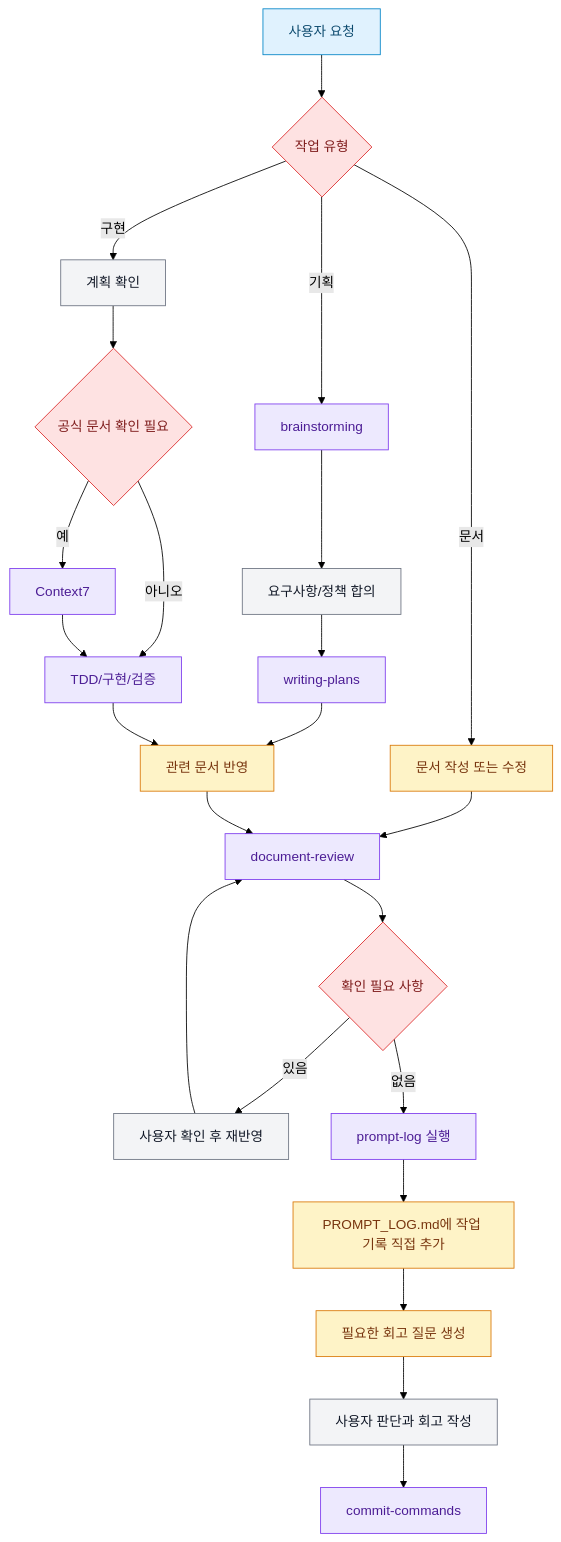
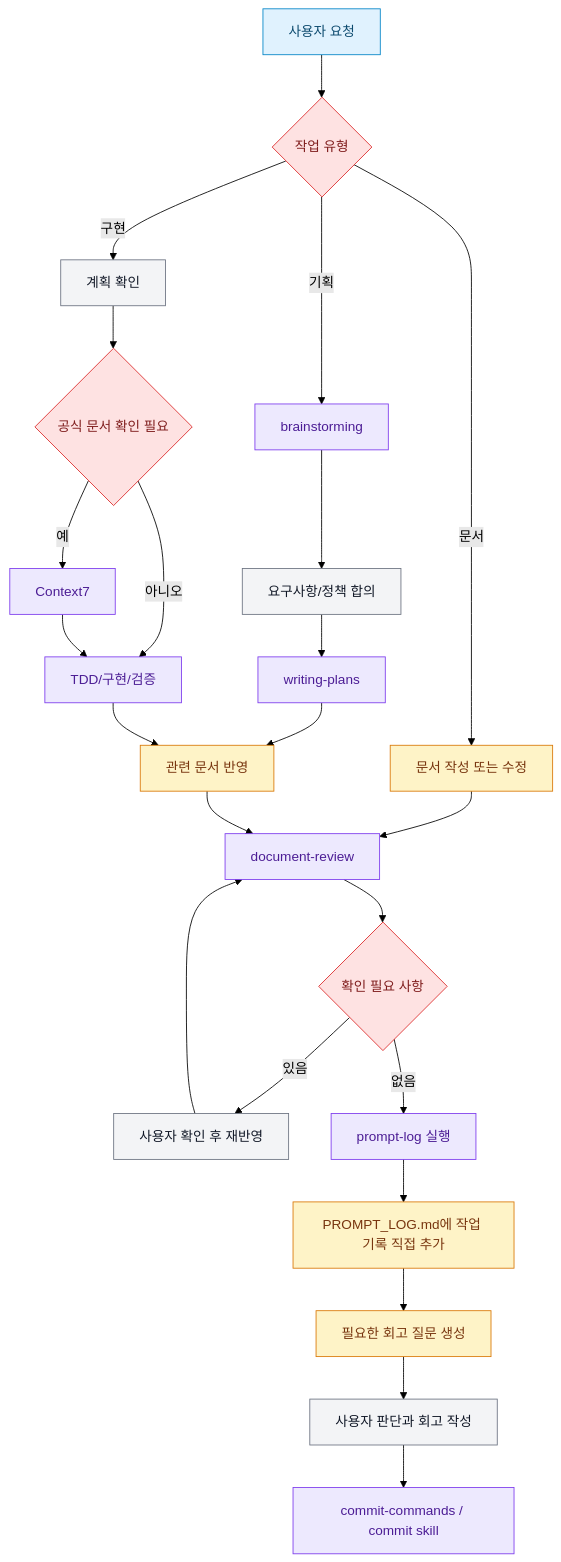
Before and after one commit to seungjoonH/extension-blocker: the diagram in docs/ai/AI_WORKFLOW.md, drawn with Mermaid (forest theme). The commit also changed other lines of this file and 30 other files, not shown here.

````diff
--- a/docs/ai/AI_WORKFLOW.md
+++ b/docs/ai/AI_WORKFLOW.md
@@ -57,43 +89,43 @@
 ```mermaid
 flowchart TD
     A[사용자 요청] --> B{작업 유형}
 
     B -->|기획| C[brainstorming]
     C --> D[요구사항/정책 합의]
     D --> E[writing-plans]
 
     B -->|구현| F[계획 확인]
     F --> G{공식 문서 확인 필요}
     G -->|예| H[Context7]
     G -->|아니오| I[TDD/구현/검증]
     H --> I
 
     B -->|문서| J[문서 작성 또는 수정]
 
     E --> K[관련 문서 반영]
     I --> K
     J --> L[document-review]
     K --> L
 
     L --> M{확인 필요 사항}
     M -->|있음| N[사용자 확인 후 재반영]
     N --> L
     M -->|없음| O[prompt-log 실행]
 
     O --> P[PROMPT_LOG.md에 작업 기록 직접 추가]
     P --> Q[필요한 회고 질문 생성]
     Q --> R[사용자 판단과 회고 작성]
-    R --> S[commit-commands]
+    R --> S["commit-commands / commit skill"]
 
     classDef request fill:#e0f2fe,stroke:#0284c7,color:#0c4a6e
     classDef decision fill:#fee2e2,stroke:#dc2626,color:#7f1d1d
     classDef skill fill:#ede9fe,stroke:#7c3aed,color:#4c1d95
     classDef work fill:#f3f4f6,stroke:#6b7280,color:#111827
     classDef document fill:#fef3c7,stroke:#d97706,color:#78350f
 
     class A request
     class B,G,M decision
     class C,E,H,I,L,O,S skill
     class D,F,N,R work
     class J,K,P,Q document
 ```
````
